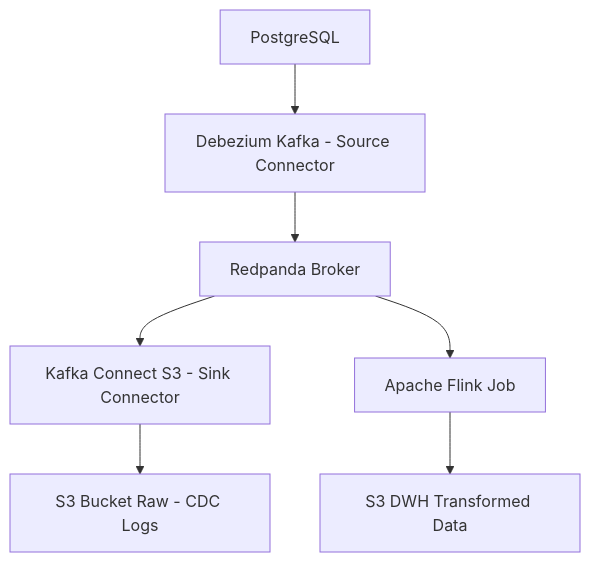
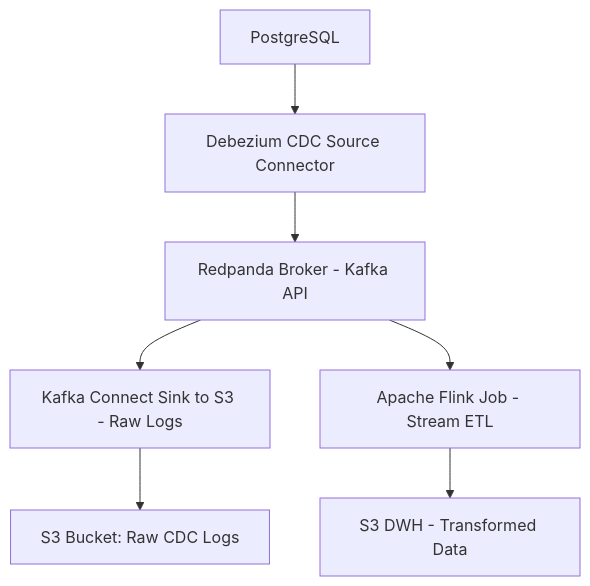
The diagram in README.md (kien-ly/TD-pipeline), drawn with Mermaid before and after one commit. The commit also changed other lines of this file, not shown here.

Commit message:
Enhance README.md with comprehensive architecture overview and detailed component roles for the modern data platform on Kubernetes. Update deployment strategies, secret management practices, and configuration examples for improved clarity and usability across multi-environment setups.

````diff
--- a/README.md
+++ b/README.md
@@ -7,9 +7,13 @@
 ```mermaid
 flowchart TD
-    A[PostgreSQL] --> B[Debezium Kafka - Source Connector]
-    B --> C[Redpanda Broker]
-    C --> D1[Kafka Connect S3 - Sink Connector]
-    D1 --> E1[S3 Bucket Raw - CDC Logs]
-    C --> D2[Apache Flink Job]
-    D2 --> E2[S3 DWH Transformed Data]
+    A[PostgreSQL] --> B[Debezium CDC Source Connector]
+    B --> C[Redpanda Broker - Kafka API]
+
+    %% Raw CDC logs ghi bằng Kafka Connect
+    C --> D1[Kafka Connect Sink to S3 - Raw Logs]
+    D1 --> E1[S3 Bucket: Raw CDC Logs]
+
+    %% Flink xử lý và ghi transformed data
+    C --> D2[Apache Flink Job - Stream ETL]
+    D2 --> E2[S3 DWH - Transformed Data]
 ```
````
